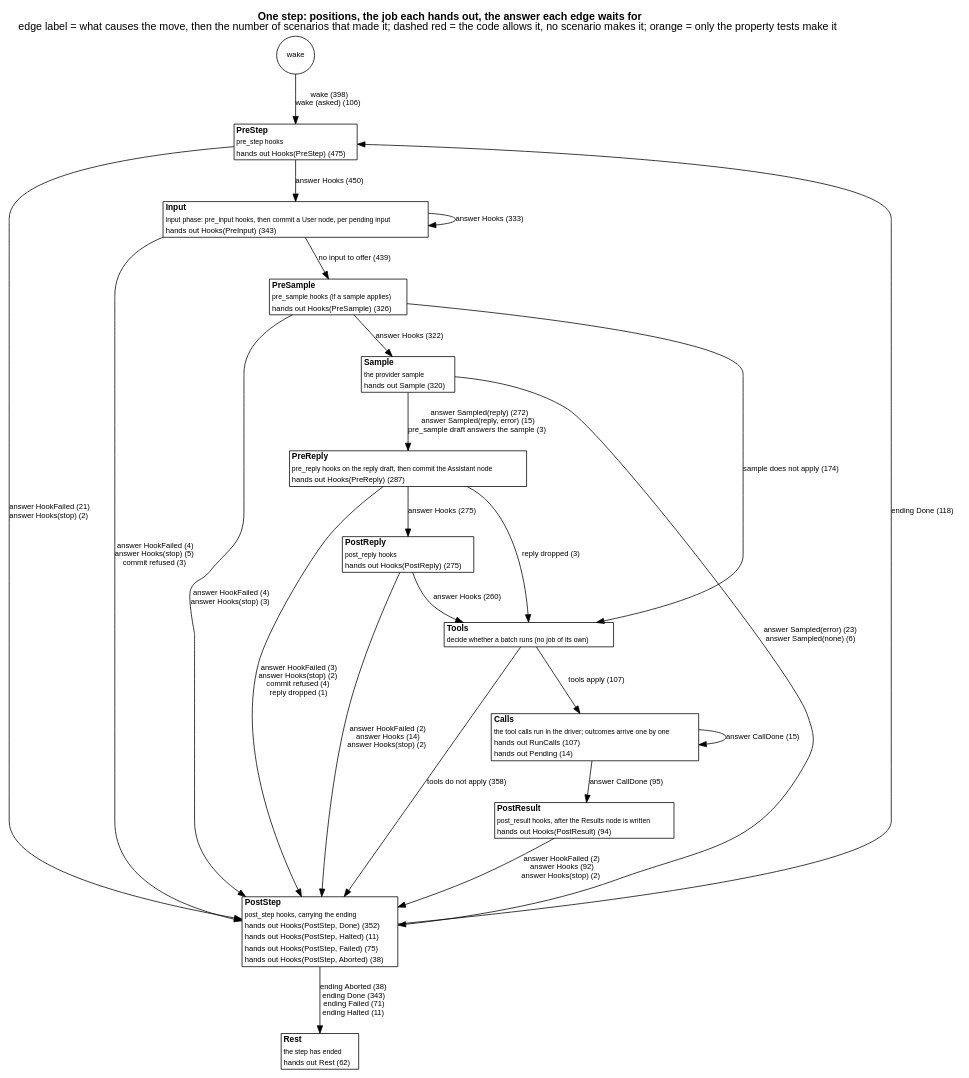
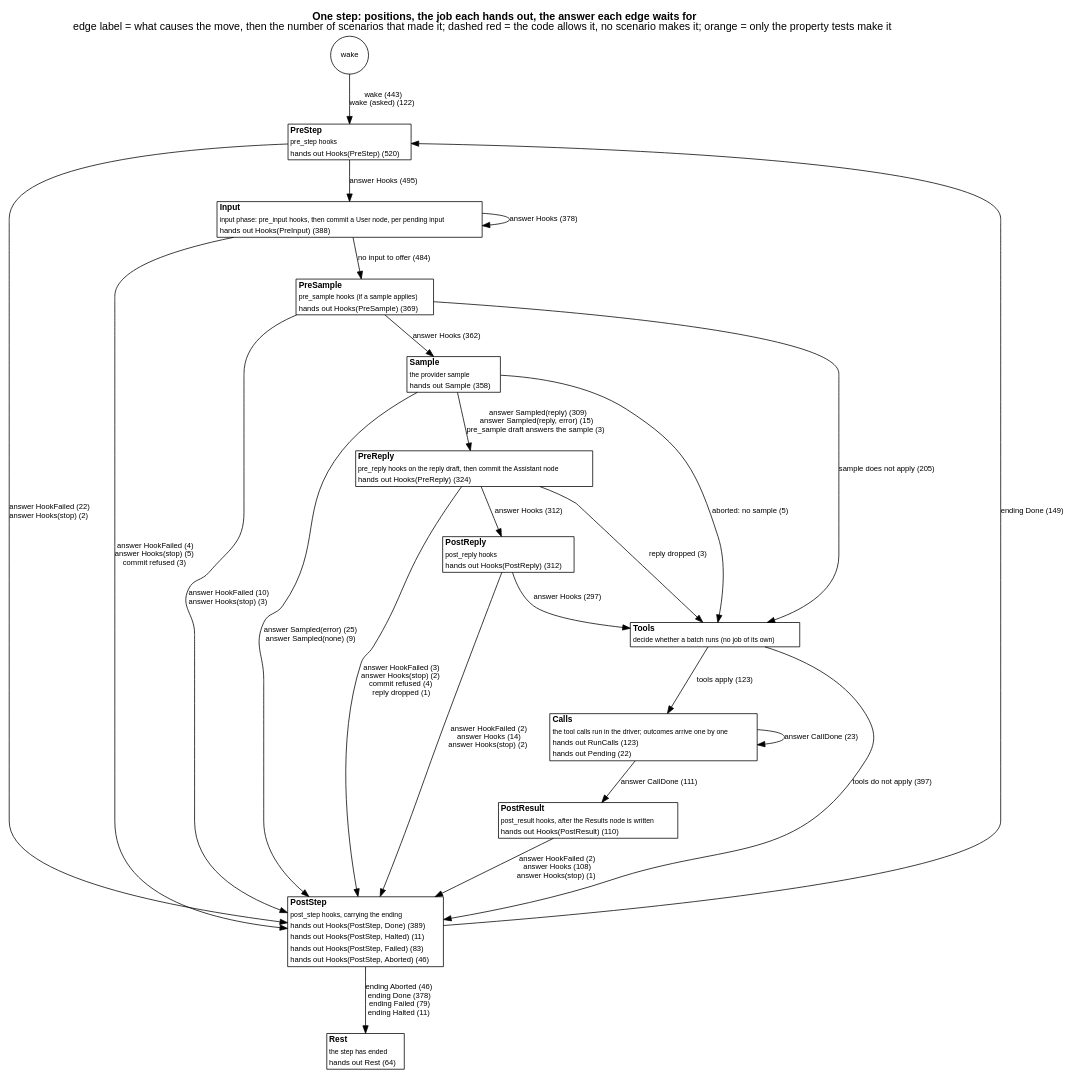
One commit to jmccardle/tau changed the diagram in docs/as-built/diagrams/step-positions.dot. Above: the diagram before and after it, drawn with Graphviz. The commit also changed 64 other files, not shown here.

```diff
--- a/docs/as-built/diagrams/step-positions.dot
+++ b/docs/as-built/diagrams/step-positions.dot
@@ -1,41 +1,42 @@
 // Generated by scripts/diagrams.sh from the test suites' transitions. Do not edit.
 digraph step_positions {
   graph [rankdir=TB, fontname="Helvetica", nodesep=0.5, ranksep=0.6, labelloc=t, label=<<b>One step: positions, the job each hands out, the answer each edge waits for</b><br/>edge label = what causes the move, then the number of scenarios that made it; dashed red = the code allows it, no scenario makes it; orange = only the property tests make it>];
   node [shape=plain, fontname="Helvetica", fontsize=11];
   edge [fontname="Helvetica", fontsize=10];
   "(wake)" [shape=circle, label="wake", fontsize=10];
-  "PreStep" [label=<<table border="1" cellborder="0" cellspacing="0" bgcolor="white"><tr><td align="left"><b>PreStep</b></td></tr><tr><td align="left"><font point-size="9">pre_step hooks</font></td></tr><tr><td align="left"><font color="black" point-size="10">hands out Hooks(PreStep) (475)</font></td></tr></table>>];
-  "Input" [label=<<table border="1" cellborder="0" cellspacing="0" bgcolor="white"><tr><td align="left"><b>Input</b></td></tr><tr><td align="left"><font point-size="9">input phase: pre_input hooks, then commit a User node, per pending input</font></td></tr><tr><td align="left"><font color="black" point-size="10">hands out Hooks(PreInput) (343)</font></td></tr></table>>];
-  "PreSample" [label=<<table border="1" cellborder="0" cellspacing="0" bgcolor="white"><tr><td align="left"><b>PreSample</b></td></tr><tr><td align="left"><font point-size="9">pre_sample hooks (if a sample applies)</font></td></tr><tr><td align="left"><font color="black" point-size="10">hands out Hooks(PreSample) (326)</font></td></tr></table>>];
-  "Sample" [label=<<table border="1" cellborder="0" cellspacing="0" bgcolor="white"><tr><td align="left"><b>Sample</b></td></tr><tr><td align="left"><font point-size="9">the provider sample</font></td></tr><tr><td align="left"><font color="black" point-size="10">hands out Sample (320)</font></td></tr></table>>];
-  "PreReply" [label=<<table border="1" cellborder="0" cellspacing="0" bgcolor="white"><tr><td align="left"><b>PreReply</b></td></tr><tr><td align="left"><font point-size="9">pre_reply hooks on the reply draft, then commit the Assistant node</font></td></tr><tr><td align="left"><font color="black" point-size="10">hands out Hooks(PreReply) (287)</font></td></tr></table>>];
-  "PostReply" [label=<<table border="1" cellborder="0" cellspacing="0" bgcolor="white"><tr><td align="left"><b>PostReply</b></td></tr><tr><td align="left"><font point-size="9">post_reply hooks</font></td></tr><tr><td align="left"><font color="black" point-size="10">hands out Hooks(PostReply) (275)</font></td></tr></table>>];
+  "PreStep" [label=<<table border="1" cellborder="0" cellspacing="0" bgcolor="white"><tr><td align="left"><b>PreStep</b></td></tr><tr><td align="left"><font point-size="9">pre_step hooks</font></td></tr><tr><td align="left"><font color="black" point-size="10">hands out Hooks(PreStep) (520)</font></td></tr></table>>];
+  "Input" [label=<<table border="1" cellborder="0" cellspacing="0" bgcolor="white"><tr><td align="left"><b>Input</b></td></tr><tr><td align="left"><font point-size="9">input phase: pre_input hooks, then commit a User node, per pending input</font></td></tr><tr><td align="left"><font color="black" point-size="10">hands out Hooks(PreInput) (388)</font></td></tr></table>>];
+  "PreSample" [label=<<table border="1" cellborder="0" cellspacing="0" bgcolor="white"><tr><td align="left"><b>PreSample</b></td></tr><tr><td align="left"><font point-size="9">pre_sample hooks (if a sample applies)</font></td></tr><tr><td align="left"><font color="black" point-size="10">hands out Hooks(PreSample) (369)</font></td></tr></table>>];
+  "Sample" [label=<<table border="1" cellborder="0" cellspacing="0" bgcolor="white"><tr><td align="left"><b>Sample</b></td></tr><tr><td align="left"><font point-size="9">the provider sample</font></td></tr><tr><td align="left"><font color="black" point-size="10">hands out Sample (358)</font></td></tr></table>>];
+  "PreReply" [label=<<table border="1" cellborder="0" cellspacing="0" bgcolor="white"><tr><td align="left"><b>PreReply</b></td></tr><tr><td align="left"><font point-size="9">pre_reply hooks on the reply draft, then commit the Assistant node</font></td></tr><tr><td align="left"><font color="black" point-size="10">hands out Hooks(PreReply) (324)</font></td></tr></table>>];
+  "PostReply" [label=<<table border="1" cellborder="0" cellspacing="0" bgcolor="white"><tr><td align="left"><b>PostReply</b></td></tr><tr><td align="left"><font point-size="9">post_reply hooks</font></td></tr><tr><td align="left"><font color="black" point-size="10">hands out Hooks(PostReply) (312)</font></td></tr></table>>];
   "Tools" [label=<<table border="1" cellborder="0" cellspacing="0" bgcolor="white"><tr><td align="left"><b>Tools</b></td></tr><tr><td align="left"><font point-size="9">decide whether a batch runs (no job of its own)</font></td></tr></table>>];
-  "Calls" [label=<<table border="1" cellborder="0" cellspacing="0" bgcolor="white"><tr><td align="left"><b>Calls</b></td></tr><tr><td align="left"><font point-size="9">the tool calls run in the driver; outcomes arrive one by one</font></td></tr><tr><td align="left"><font color="black" point-size="10">hands out RunCalls (107)</font></td></tr><tr><td align="left"><font color="black" point-size="10">hands out Pending (14)</font></td></tr></table>>];
-  "PostResult" [label=<<table border="1" cellborder="0" cellspacing="0" bgcolor="white"><tr><td align="left"><b>PostResult</b></td></tr><tr><td align="left"><font point-size="9">post_result hooks, after the Results node is written</font></td></tr><tr><td align="left"><font color="black" point-size="10">hands out Hooks(PostResult) (94)</font></td></tr></table>>];
-  "PostStep" [label=<<table border="1" cellborder="0" cellspacing="0" bgcolor="white"><tr><td align="left"><b>PostStep</b></td></tr><tr><td align="left"><font point-size="9">post_step hooks, carrying the ending</font></td></tr><tr><td align="left"><font color="black" point-size="10">hands out Hooks(PostStep, Done) (352)</font></td></tr><tr><td align="left"><font color="black" point-size="10">hands out Hooks(PostStep, Halted) (11)</font></td></tr><tr><td align="left"><font color="black" point-size="10">hands out Hooks(PostStep, Failed) (75)</font></td></tr><tr><td align="left"><font color="black" point-size="10">hands out Hooks(PostStep, Aborted) (38)</font></td></tr></table>>];
-  "Rest" [label=<<table border="1" cellborder="0" cellspacing="0" bgcolor="white"><tr><td align="left"><b>Rest</b></td></tr><tr><td align="left"><font point-size="9">the step has ended</font></td></tr><tr><td align="left"><font color="black" point-size="10">hands out Rest (62)</font></td></tr></table>>];
-  "(wake)" -> "PreStep" [label=<wake (398)<br/>wake (asked) (106)>, color="black", style=solid];
-  "Calls" -> "Calls" [label=<answer CallDone (15)>, color="black", style=solid];
-  "Calls" -> "PostResult" [label=<answer CallDone (95)>, color="black", style=solid];
-  "Input" -> "Input" [label=<answer Hooks (333)>, color="black", style=solid];
+  "Calls" [label=<<table border="1" cellborder="0" cellspacing="0" bgcolor="white"><tr><td align="left"><b>Calls</b></td></tr><tr><td align="left"><font point-size="9">the tool calls run in the driver; outcomes arrive one by one</font></td></tr><tr><td align="left"><font color="black" point-size="10">hands out RunCalls (123)</font></td></tr><tr><td align="left"><font color="black" point-size="10">hands out Pending (22)</font></td></tr></table>>];
+  "PostResult" [label=<<table border="1" cellborder="0" cellspacing="0" bgcolor="white"><tr><td align="left"><b>PostResult</b></td></tr><tr><td align="left"><font point-size="9">post_result hooks, after the Results node is written</font></td></tr><tr><td align="left"><font color="black" point-size="10">hands out Hooks(PostResult) (110)</font></td></tr></table>>];
+  "PostStep" [label=<<table border="1" cellborder="0" cellspacing="0" bgcolor="white"><tr><td align="left"><b>PostStep</b></td></tr><tr><td align="left"><font point-size="9">post_step hooks, carrying the ending</font></td></tr><tr><td align="left"><font color="black" point-size="10">hands out Hooks(PostStep, Done) (389)</font></td></tr><tr><td align="left"><font color="black" point-size="10">hands out Hooks(PostStep, Halted) (11)</font></td></tr><tr><td align="left"><font color="black" point-size="10">hands out Hooks(PostStep, Failed) (83)</font></td></tr><tr><td align="left"><font color="black" point-size="10">hands out Hooks(PostStep, Aborted) (46)</font></td></tr></table>>];
+  "Rest" [label=<<table border="1" cellborder="0" cellspacing="0" bgcolor="white"><tr><td align="left"><b>Rest</b></td></tr><tr><td align="left"><font point-size="9">the step has ended</font></td></tr><tr><td align="left"><font color="black" point-size="10">hands out Rest (64)</font></td></tr></table>>];
+  "(wake)" -> "PreStep" [label=<wake (443)<br/>wake (asked) (122)>, color="black", style=solid];
+  "Calls" -> "Calls" [label=<answer CallDone (23)>, color="black", style=solid];
+  "Calls" -> "PostResult" [label=<answer CallDone (111)>, color="black", style=solid];
+  "Input" -> "Input" [label=<answer Hooks (378)>, color="black", style=solid];
   "Input" -> "PostStep" [label=<answer HookFailed (4)<br/>answer Hooks(stop) (5)<br/>commit refused (3)>, color="black", style=solid];
-  "Input" -> "PreSample" [label=<no input to offer (439)>, color="black", style=solid];
+  "Input" -> "PreSample" [label=<no input to offer (484)>, color="black", style=solid];
   "PostReply" -> "PostStep" [label=<answer HookFailed (2)<br/>answer Hooks (14)<br/>answer Hooks(stop) (2)>, color="black", style=solid];
-  "PostReply" -> "Tools" [label=<answer Hooks (260)>, color="black", style=solid];
-  "PostResult" -> "PostStep" [label=<answer HookFailed (2)<br/>answer Hooks (92)<br/>answer Hooks(stop) (2)>, color="black", style=solid];
-  "PostStep" -> "PreStep" [label=<ending Done (118)>, color="black", style=solid];
-  "PostStep" -> "Rest" [label=<ending Aborted (38)<br/>ending Done (343)<br/>ending Failed (71)<br/>ending Halted (11)>, color="black", style=solid];
-  "PreReply" -> "PostReply" [label=<answer Hooks (275)>, color="black", style=solid];
+  "PostReply" -> "Tools" [label=<answer Hooks (297)>, color="black", style=solid];
+  "PostResult" -> "PostStep" [label=<answer HookFailed (2)<br/>answer Hooks (108)<br/>answer Hooks(stop) (1)>, color="black", style=solid];
+  "PostStep" -> "PreStep" [label=<ending Done (149)>, color="black", style=solid];
+  "PostStep" -> "Rest" [label=<ending Aborted (46)<br/>ending Done (378)<br/>ending Failed (79)<br/>ending Halted (11)>, color="black", style=solid];
+  "PreReply" -> "PostReply" [label=<answer Hooks (312)>, color="black", style=solid];
   "PreReply" -> "PostStep" [label=<answer HookFailed (3)<br/>answer Hooks(stop) (2)<br/>commit refused (4)<br/>reply dropped (1)>, color="black", style=solid];
   "PreReply" -> "Tools" [label=<reply dropped (3)>, color="black", style=solid];
-  "PreSample" -> "PostStep" [label=<answer HookFailed (4)<br/>answer Hooks(stop) (3)>, color="black", style=solid];
-  "PreSample" -> "Sample" [label=<answer Hooks (322)>, color="black", style=solid];
-  "PreSample" -> "Tools" [label=<sample does not apply (174)>, color="black", style=solid];
-  "PreStep" -> "Input" [label=<answer Hooks (450)>, color="black", style=solid];
-  "PreStep" -> "PostStep" [label=<answer HookFailed (21)<br/>answer Hooks(stop) (2)>, color="black", style=solid];
-  "Sample" -> "PostStep" [label=<answer Sampled(error) (23)<br/>answer Sampled(none) (6)>, color="black", style=solid];
-  "Sample" -> "PreReply" [label=<answer Sampled(reply) (272)<br/>answer Sampled(reply, error) (15)<br/>pre_sample draft answers the sample (3)>, color="black", style=solid];
-  "Tools" -> "Calls" [label=<tools apply (107)>, color="black", style=solid];
-  "Tools" -> "PostStep" [label=<tools do not apply (358)>, color="black", style=solid];
+  "PreSample" -> "PostStep" [label=<answer HookFailed (10)<br/>answer Hooks(stop) (3)>, color="black", style=solid];
+  "PreSample" -> "Sample" [label=<answer Hooks (362)>, color="black", style=solid];
+  "PreSample" -> "Tools" [label=<sample does not apply (205)>, color="black", style=solid];
+  "PreStep" -> "Input" [label=<answer Hooks (495)>, color="black", style=solid];
+  "PreStep" -> "PostStep" [label=<answer HookFailed (22)<br/>answer Hooks(stop) (2)>, color="black", style=solid];
+  "Sample" -> "PostStep" [label=<answer Sampled(error) (25)<br/>answer Sampled(none) (9)>, color="black", style=solid];
+  "Sample" -> "PreReply" [label=<answer Sampled(reply) (309)<br/>answer Sampled(reply, error) (15)<br/>pre_sample draft answers the sample (3)>, color="black", style=solid];
+  "Sample" -> "Tools" [label=<aborted: no sample (5)>, color="black", style=solid];
+  "Tools" -> "Calls" [label=<tools apply (123)>, color="black", style=solid];
+  "Tools" -> "PostStep" [label=<tools do not apply (397)>, color="black", style=solid];
 }
```
